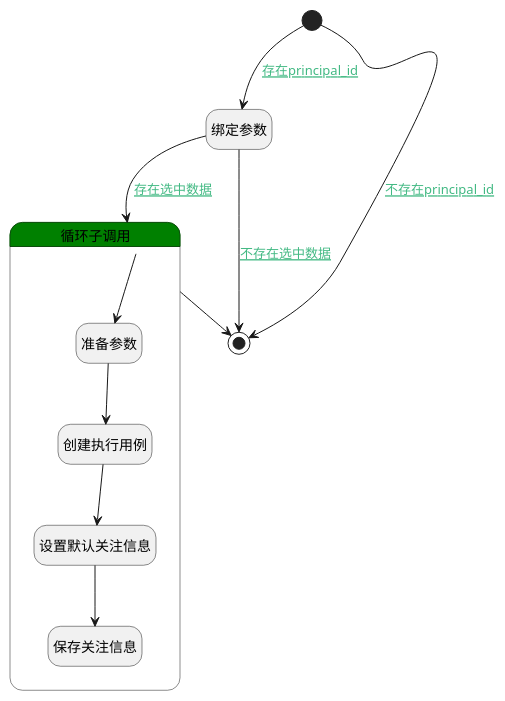
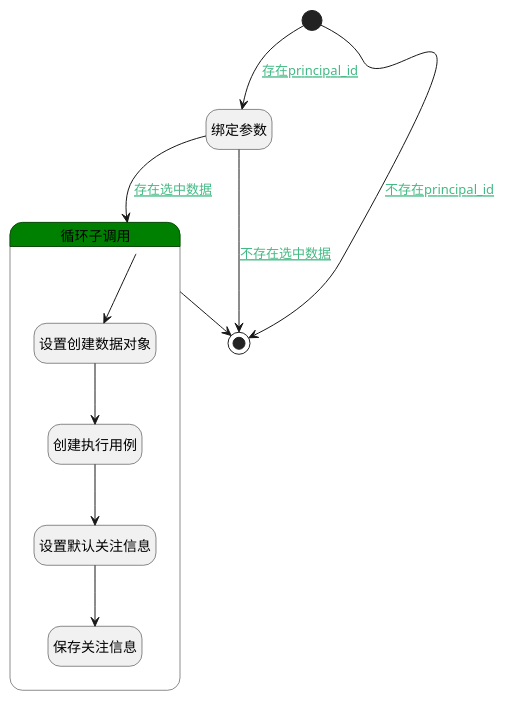
One commit to iBizLab/plm changed the diagram in doc/docsify/module/TestMgmt/test_case/logic/program_plan.md. Above: the diagram before and after it, drawn with PlantUML. The commit also changed other lines of this file and 1778 other files, not shown here.

````diff
--- a/doc/docsify/module/TestMgmt/test_case/logic/program_plan.md
+++ b/doc/docsify/module/TestMgmt/test_case/logic/program_plan.md
@@ -7,34 +7,34 @@
 ```plantuml
 @startuml
 hide empty description
 <style>
 root {
   HyperlinkColor #42b983
 }
 </style>
 
 hide empty description
 state "开始" as Begin <<start>> [[$./program_plan#begin {"开始"}]]
 state "绑定参数" as BINDPARAM1  [[$./program_plan#bindparam1 {"绑定参数"}]]
 state "结束" as END1 <<end>> [[$./program_plan#end1 {"结束"}]]
 state "循环子调用" as LOOPSUBCALL1  [[$./program_plan#loopsubcall1 {"循环子调用"}]] #green {
-state "准备参数" as PREPAREPARAM1  [[$./program_plan#prepareparam1 {"准备参数"}]]
+state "设置创建数据对象" as PREPAREPARAM1  [[$./program_plan#prepareparam1 {"设置创建数据对象"}]]
 state "创建执行用例" as DEACTION1  [[$./program_plan#deaction1 {"创建执行用例"}]]
 state "设置默认关注信息" as PREPAREPARAM2  [[$./program_plan#prepareparam2 {"设置默认关注信息"}]]
 state "保存关注信息" as DEACTION2  [[$./program_plan#deaction2 {"保存关注信息"}]]
 }
 
 
 Begin --> BINDPARAM1 : [[$./program_plan#begin-bindparam1{存在principal_id} 存在principal_id]]
 BINDPARAM1 --> END1 : [[$./program_plan#bindparam1-end1{不存在选中数据} 不存在选中数据]]
 BINDPARAM1 --> LOOPSUBCALL1 : [[$./program_plan#bindparam1-loopsubcall1{存在选中数据} 存在选中数据]]
 LOOPSUBCALL1 --> END1
 LOOPSUBCALL1 --> PREPAREPARAM1
 PREPAREPARAM1 --> DEACTION1
 DEACTION1 --> PREPAREPARAM2
 PREPAREPARAM2 --> DEACTION2
 Begin --> END1 : [[$./program_plan#begin-end1{不存在principal_id} 不存在principal_id]]
 
 
 @enduml
 ```
````
